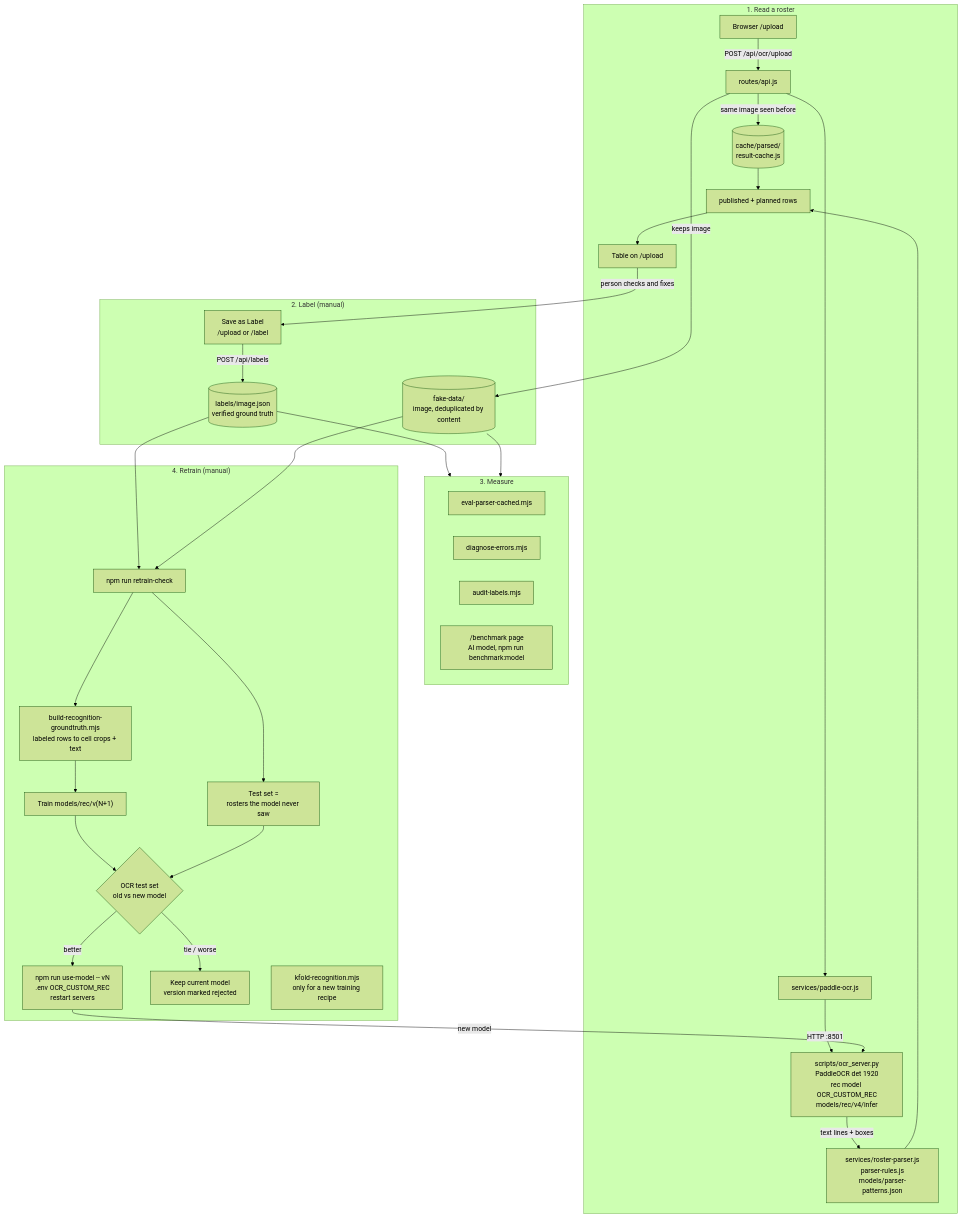
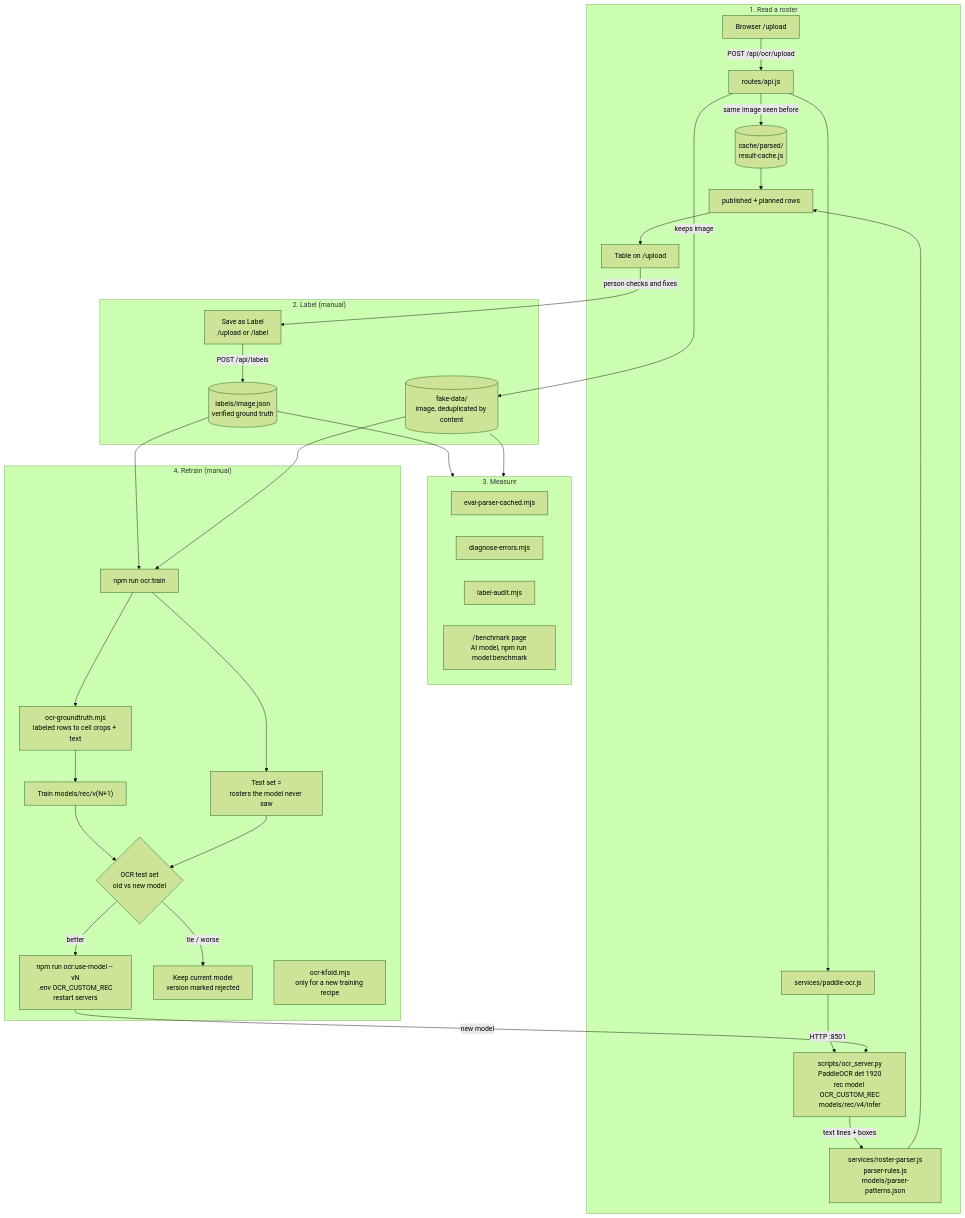
The diagram in README.md (thuannd17/node-ocr), drawn with Mermaid (forest theme) before and after one commit. The commit also changed other lines of this file and 31 other files, not shown here.

Commit message:
fix: update script commands and documentation for OCR server and model training

````diff
--- a/README.md
+++ b/README.md
@@ -16,44 +16,44 @@
 ```mermaid
 flowchart TD
     subgraph READ["1. Read a roster"]
         U["Browser /upload"] -->|"POST /api/ocr/upload"| API["routes/api.js"]
         API -->|"same image seen before"| PC[("cache/parsed/<br/>result-cache.js")]
         API --> PO["services/paddle-ocr.js"]
         PO -->|"HTTP :8501"| OS["scripts/ocr_server.py<br/>PaddleOCR det 1920<br/>rec model OCR_CUSTOM_REC<br/>models/rec/v4/infer"]
         OS -->|"text lines + boxes"| RP["services/roster-parser.js<br/>parser-rules.js<br/>models/parser-patterns.json"]
         RP --> OUT["published + planned rows"]
         PC --> OUT
         OUT --> T["Table on /upload"]
     end
 
     subgraph LABEL["2. Label (manual)"]
         FD[("fake-data/<br/>image, deduplicated by content")]
         SL["Save as Label<br/>/upload or /label"] -->|"POST /api/labels"| LB[("labels/image.json<br/>verified ground truth")]
     end
 
     subgraph MEASURE["3. Measure"]
         EP["eval-parser-cached.mjs"]
         DE["diagnose-errors.mjs"]
-        AL["audit-labels.mjs"]
-        BP["/benchmark page<br/>AI model, npm run benchmark:model"]
+        AL["label-audit.mjs"]
+        BP["/benchmark page<br/>AI model, npm run model:benchmark"]
     end
 
     subgraph RETRAIN["4. Retrain (manual)"]
-        RC["npm run retrain-check"] --> TS["Test set =<br/>rosters the model never saw"]
-        RC --> GT["build-recognition-groundtruth.mjs<br/>labeled rows to cell crops + text"]
+        RC["npm run ocr:train"] --> TS["Test set =<br/>rosters the model never saw"]
+        RC --> GT["ocr-groundtruth.mjs<br/>labeled rows to cell crops + text"]
         GT --> TR["Train models/rec/v(N+1)"]
         TR --> CMP{"OCR test set<br/>old vs new model"}
         TS --> CMP
-        CMP -->|"better"| UM["npm run use-model -- vN<br/>.env OCR_CUSTOM_REC<br/>restart servers"]
+        CMP -->|"better"| UM["npm run ocr:use-model -- vN<br/>.env OCR_CUSTOM_REC<br/>restart servers"]
         CMP -->|"tie / worse"| KEEP["Keep current model<br/>version marked rejected"]
-        KF["kfold-recognition.mjs<br/>only for a new training recipe"]
+        KF["ocr-kfold.mjs<br/>only for a new training recipe"]
     end
 
     API -->|"keeps image"| FD
     T -->|"person checks and fixes"| SL
     LB --> MEASURE
     FD --> MEASURE
     LB --> RC
     FD --> RC
     UM -->|"new model"| OS
 ```
````
